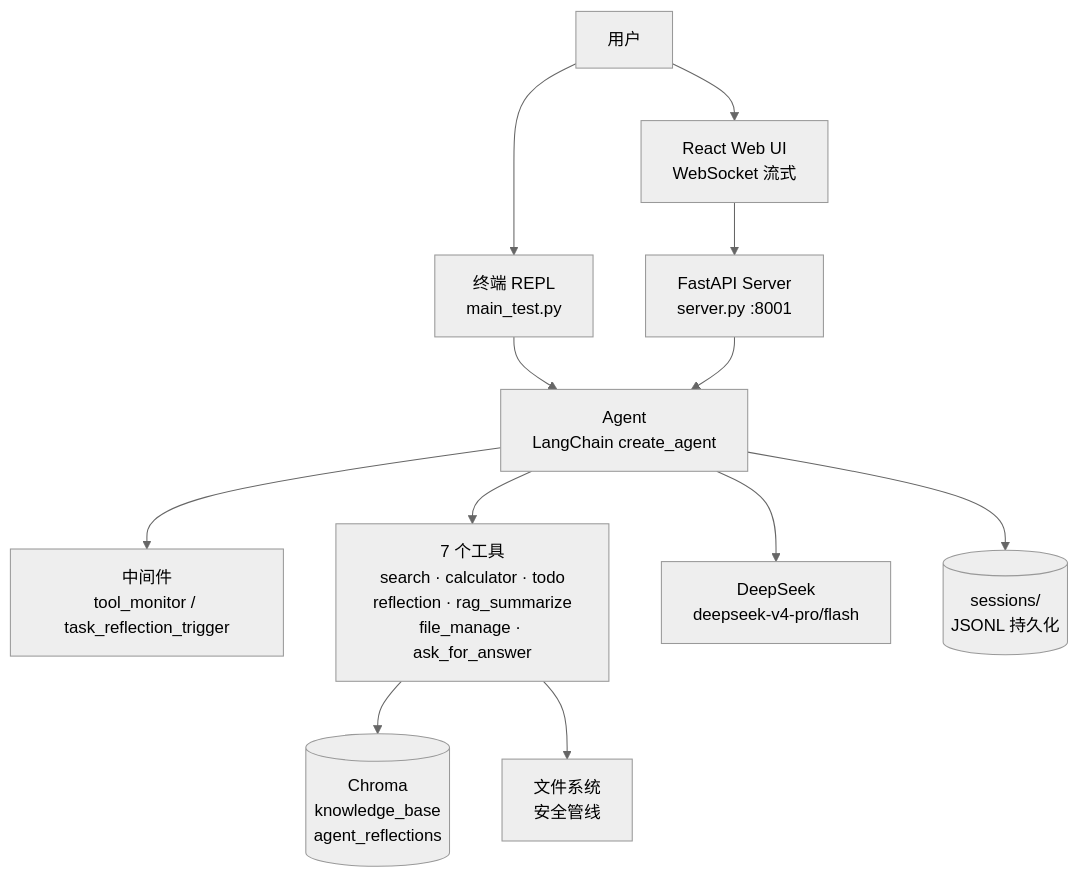
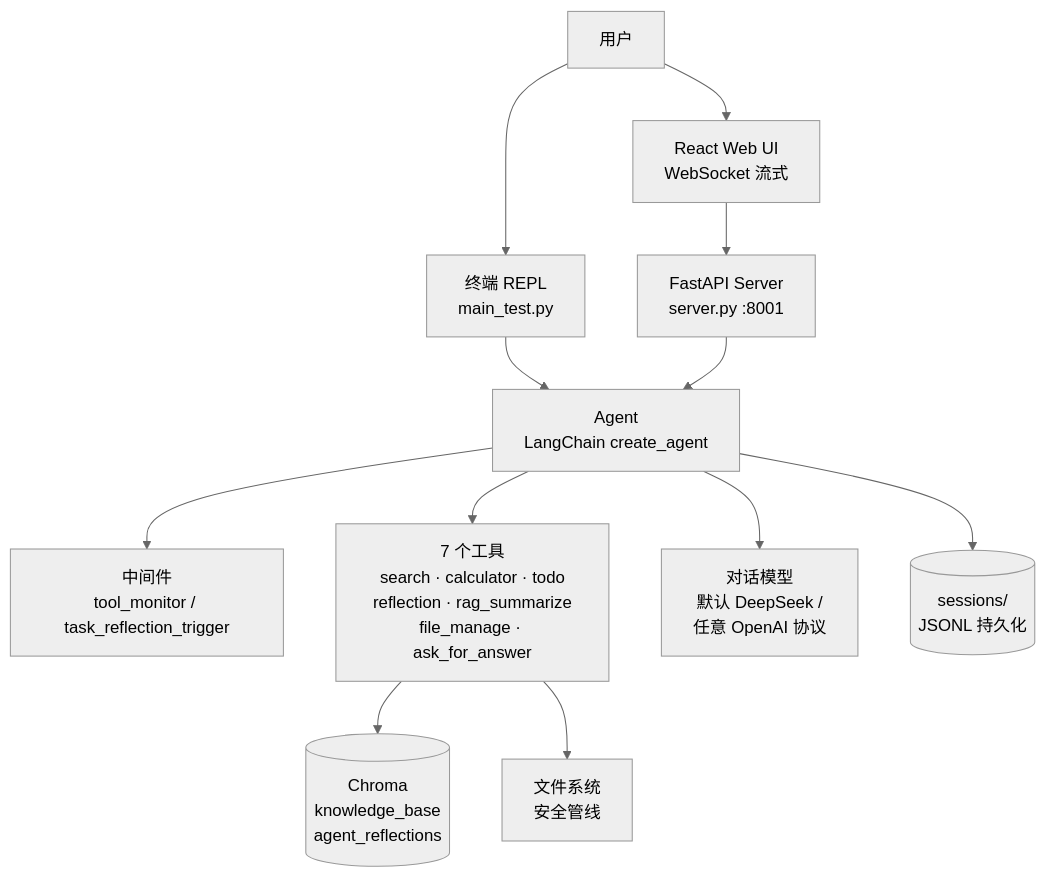
Before and after one commit to alaala-daka/Agent_Dev_proj: the diagram in README.md, drawn with Mermaid (neutral theme). The commit also changed other lines of this file, not shown here.

````diff
--- a/README.md
+++ b/README.md
@@ -90,14 +99,14 @@
 ```mermaid
 graph TD
     U[用户] --> UI[React Web UI<br/>WebSocket 流式]
     U --> REPL[终端 REPL<br/>main_test.py]
     UI --> SRV[FastAPI Server<br/>server.py :8001]
     REPL --> AG[Agent<br/>LangChain create_agent]
     SRV --> AG
     AG --> MW[中间件<br/>tool_monitor / task_reflection_trigger]
     AG --> TOOLS[7 个工具<br/>search · calculator · todo<br/>reflection · rag_summarize<br/>file_manage · ask_for_answer]
-    AG --> LLM[DeepSeek<br/>deepseek-v4-pro/flash]
+    AG --> LLM[对话模型<br/>默认 DeepSeek /<br/>任意 OpenAI 协议]
     TOOLS --> CHROMA[(Chroma<br/>knowledge_base<br/>agent_reflections)]
     TOOLS --> FS[文件系统<br/>安全管线]
     AG --> SESS[(sessions/<br/>JSONL 持久化)]
 ```
````
